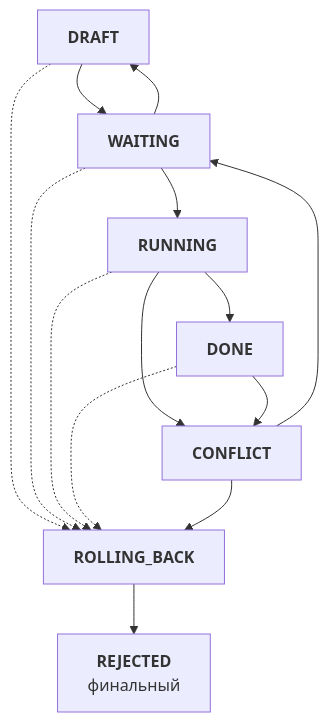
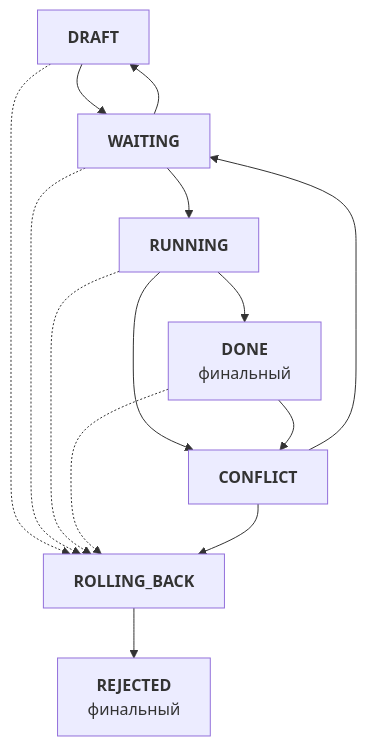
One commit to NSEvteev/FullSpec changed the first of 5 diagrams in specs/.instructions/standard-specs-reference.md. Above: the diagram before and after it, drawn with Mermaid. The commit also changed other lines of this file and 1 other file, not shown here.

````diff
--- a/specs/.instructions/standard-specs-reference.md
+++ b/specs/.instructions/standard-specs-reference.md
@@ -101,29 +100,30 @@
 ```mermaid
 graph TD
     DRAFT["<b>DRAFT</b>"]
     WAITING["<b>WAITING</b>"]
     RUNNING["<b>RUNNING</b>"]
-    DONE["<b>DONE</b>"]
+    DONE["<b>DONE</b>
+    финальный"]
     CONFLICT["<b>CONFLICT</b>"]
     ROLLING_BACK["<b>ROLLING_BACK</b>"]
     REJECTED["<b>REJECTED</b>
     финальный"]
 
     DRAFT --> WAITING
     DRAFT -.-> ROLLING_BACK
     WAITING --> DRAFT
     WAITING --> RUNNING
     WAITING -.-> ROLLING_BACK
 
     RUNNING --> DONE
     RUNNING --> CONFLICT
     RUNNING -.-> ROLLING_BACK
 
     DONE ~~~ CONFLICT
     DONE --> CONFLICT
     DONE -.-> ROLLING_BACK
     CONFLICT --> WAITING
     CONFLICT --> ROLLING_BACK
 
     ROLLING_BACK --> REJECTED
 ```
````
